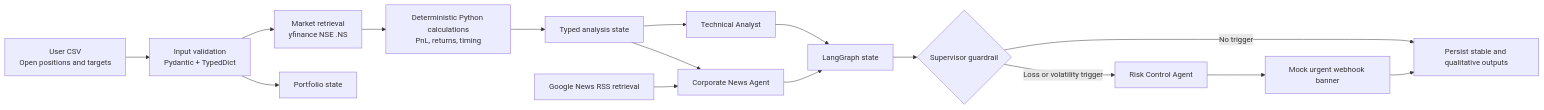
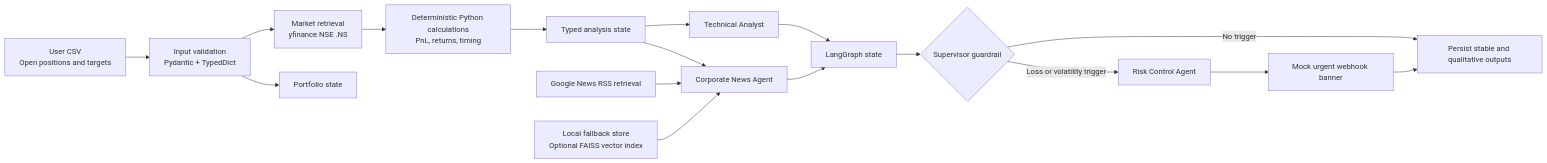
One commit to joshigauravj-ops/MudraSenseAI changed the first of 2 diagrams in ARCHITECTURE.md. Above: the diagram before and after it, drawn with Mermaid. The commit also changed other lines of this file and 15 other files, not shown here.

Commit message:
Added FAISS-backed vector index

````diff
--- a/ARCHITECTURE.md
+++ b/ARCHITECTURE.md
@@ -19,18 +19,19 @@
 ```mermaid
 flowchart LR
     U[User CSV\nOpen positions and targets] --> V[Input validation\nPydantic + TypedDict]
     V --> M[Market retrieval\nyfinance NSE .NS]
     V --> P[Portfolio state]
     M --> C[Deterministic Python calculations\nPnL, returns, timing]
     C --> S[Typed analysis state]
     S --> T[Technical Analyst]
     S --> N[Corporate News Agent]
     N1[Google News RSS retrieval] --> N
+    N2[Local fallback store\nOptional FAISS vector index] --> N
     T --> G[LangGraph state]
     N --> G
     G --> R{Supervisor guardrail}
     R -->|No trigger| O[Persist stable and qualitative outputs]
     R -->|Loss or volatility trigger| K[Risk Control Agent]
     K --> W[Mock urgent webhook banner]
     W --> O
 ```
````
